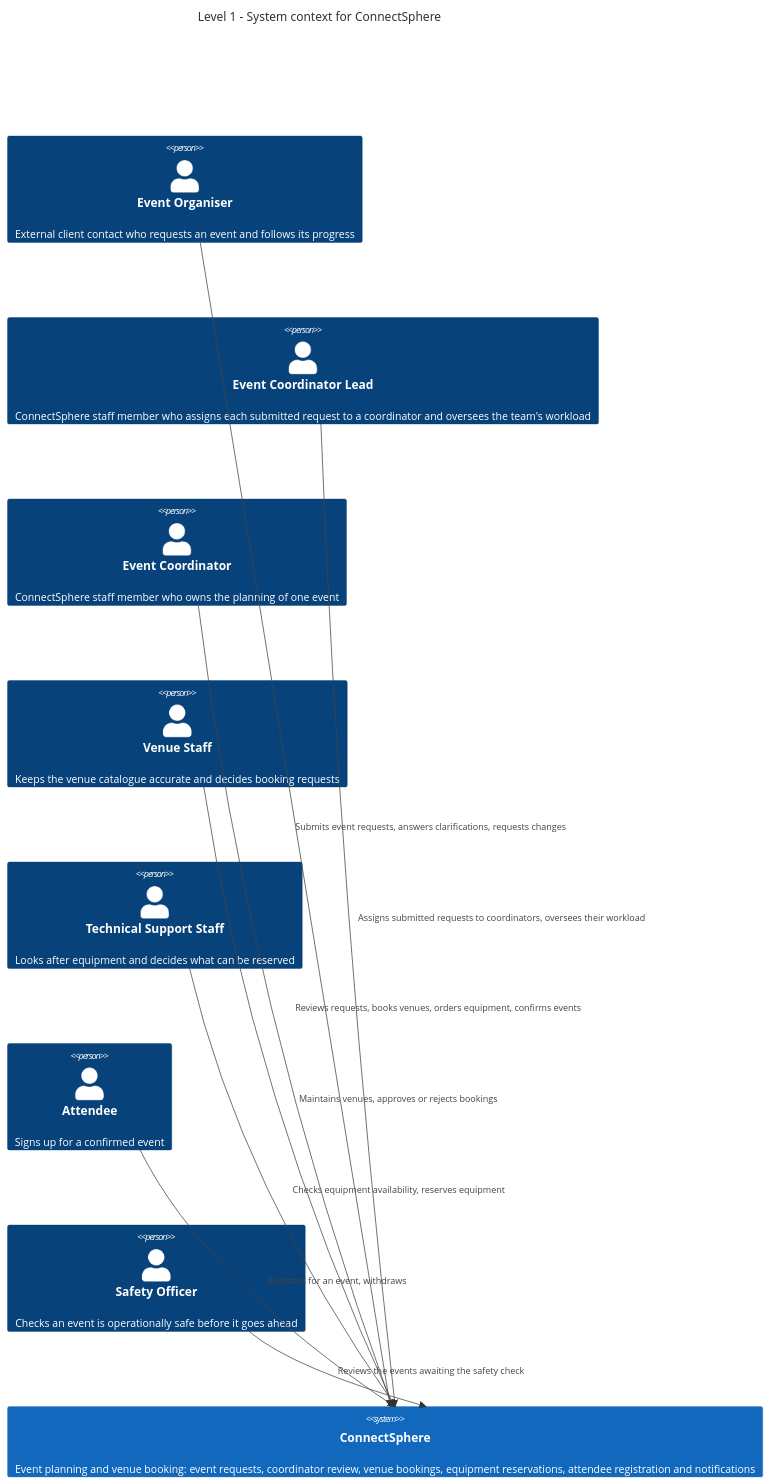
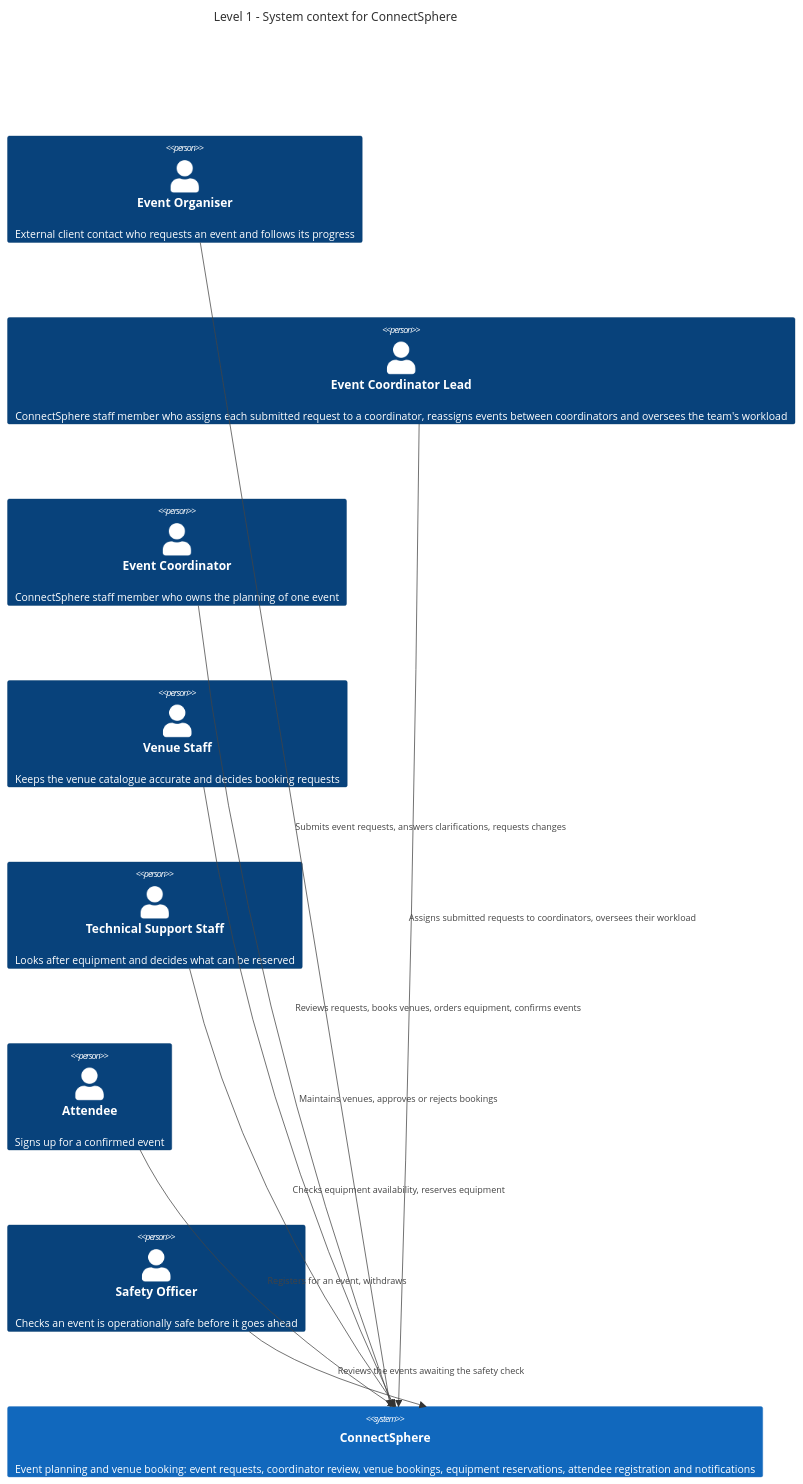
One commit to mecmk/SPM-G5 changed the first of 7 diagrams in docs/C4_MODEL.md. Above: the diagram before and after it, drawn with Mermaid. The commit also changed other lines of this file and 12 other files, not shown here.

Commit message:
feat: Lead reassigns events between coordinators (s5.6)

````diff
--- a/docs/C4_MODEL.md
+++ b/docs/C4_MODEL.md
@@ -27,24 +27,24 @@
 ```mermaid
 C4Context
     title Level 1 - System context for ConnectSphere
 
     Person(organiser, "Event Organiser", "External client contact who requests an event and follows its progress")
-    Person(lead, "Event Coordinator Lead", "ConnectSphere staff member who assigns each submitted request to a coordinator and oversees the team's workload")
+    Person(lead, "Event Coordinator Lead", "ConnectSphere staff member who assigns each submitted request to a coordinator, reassigns events between coordinators and oversees the team's workload")
     Person(coordinator, "Event Coordinator", "ConnectSphere staff member who owns the planning of one event")
     Person(venueStaff, "Venue Staff", "Keeps the venue catalogue accurate and decides booking requests")
     Person(techStaff, "Technical Support Staff", "Looks after equipment and decides what can be reserved")
     Person(attendee, "Attendee", "Signs up for a confirmed event")
     Person(safetyOfficer, "Safety Officer", "Checks an event is operationally safe before it goes ahead")
 
     System(connectsphere, "ConnectSphere", "Event planning and venue booking: event requests, coordinator review, venue bookings, equipment reservations, attendee registration and notifications")
 
     Rel(organiser, connectsphere, "Submits event requests, answers clarifications, requests changes")
     Rel(lead, connectsphere, "Assigns submitted requests to coordinators, oversees their workload")
     Rel(coordinator, connectsphere, "Reviews requests, books venues, orders equipment, confirms events")
     Rel(venueStaff, connectsphere, "Maintains venues, approves or rejects bookings")
     Rel(techStaff, connectsphere, "Checks equipment availability, reserves equipment")
     Rel(attendee, connectsphere, "Registers for an event, withdraws")
     Rel(safetyOfficer, connectsphere, "Reviews the events awaiting the safety check")
 
     UpdateLayoutConfig($c4ShapeInRow="3", $c4BoundaryInRow="1")
 ```
````
